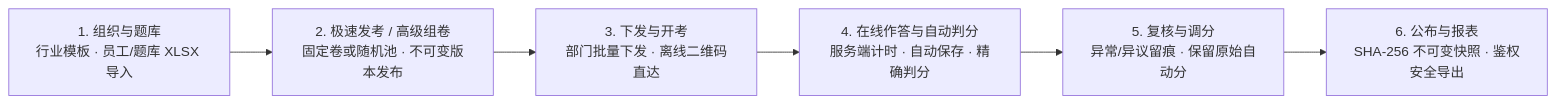
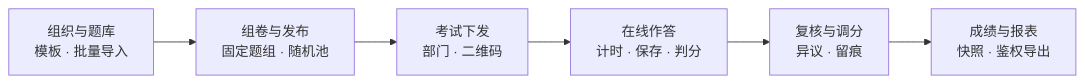
The first of 2 diagrams in README.md (tmy2623231/ExamOps), drawn with Mermaid before and after one commit. The commit also changed other lines of this file, not shown here.

````diff
--- a/README.md
+++ b/README.md
@@ -71,8 +145,8 @@
 ```mermaid
 flowchart LR
-    A["1. 组织与题库\n行业模板 · 员工/题库 XLSX 导入"] --> B["2. 极速发考 / 高级组卷\n固定卷或随机池 · 不可变版本发布"]
-    B --> C["3. 下发与开考\n部门批量下发 · 离线二维码直达"]
-    C --> D["4. 在线作答与自动判分\n服务端计时 · 自动保存 · 精确判分"]
-    D --> E["5. 复核与调分\n异常/异议留痕 · 保留原始自动分"]
-    E --> F["6. 公布与报表\nSHA-256 不可变快照 · 鉴权安全导出"]
+    A["组织与题库<br/>模板 · 批量导入"] --> B["组卷与发布<br/>固定题组 · 随机池"]
+    B --> C["考试下发<br/>部门 · 二维码"]
+    C --> D["在线作答<br/>计时 · 保存 · 判分"]
+    D --> E["复核与调分<br/>异议 · 留痕"]
+    E --> F["成绩与报表<br/>快照 · 鉴权导出"]
 ```
````
